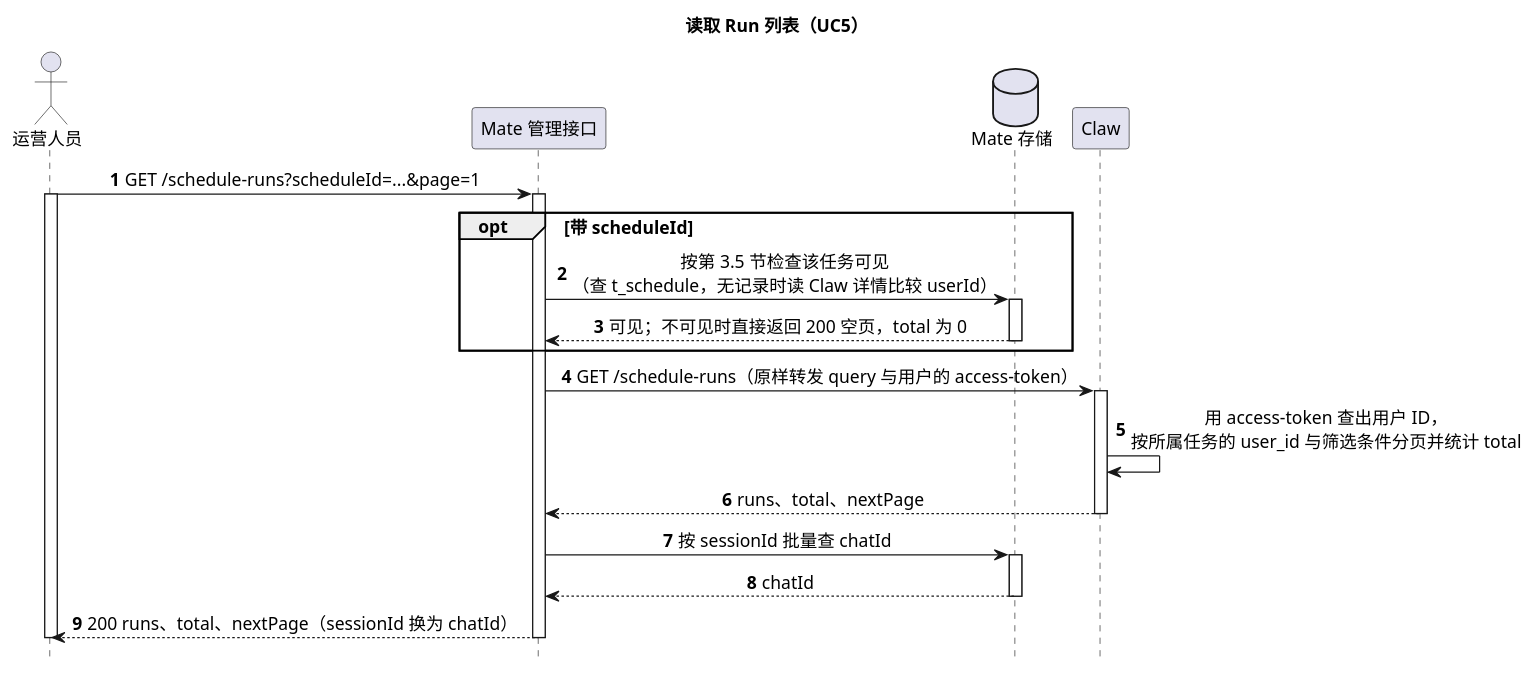
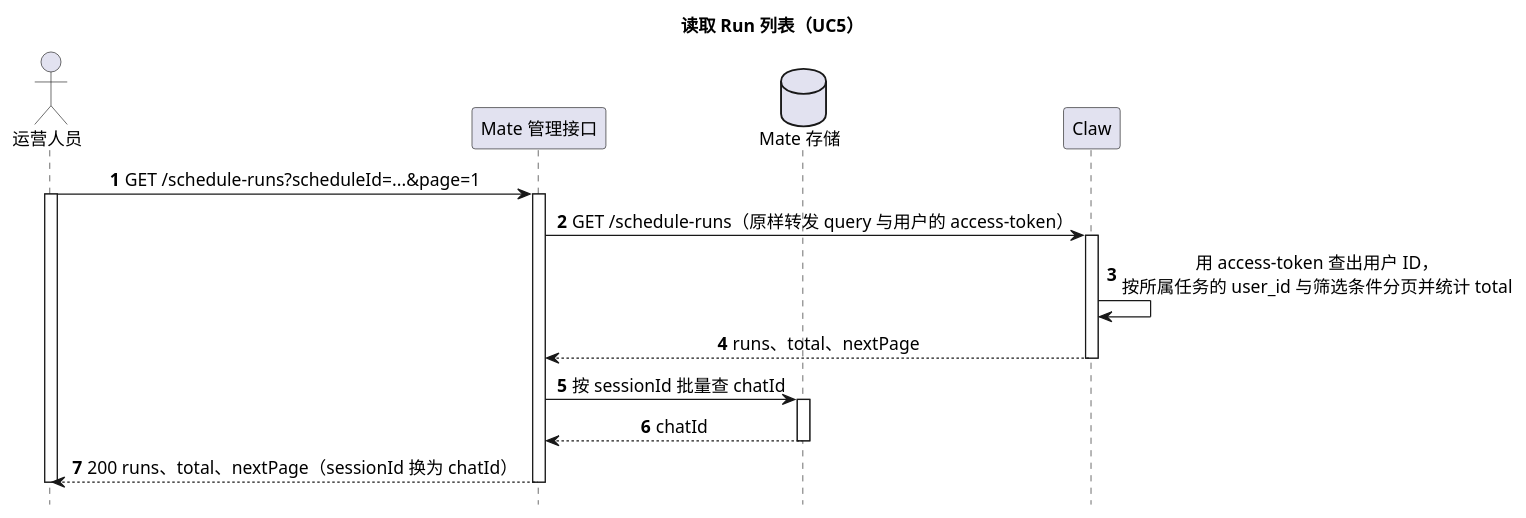
Before and after one commit to ssm0808/pi-mono-java-design: the sixth of 14 diagrams in 02-服务与接口/08-CampusMate定时任务/diagram.puml, drawn with PlantUML. The commit also changed other lines of this file and 32 other files, not shown here.

First line of the commit message:
定时任务：去掉 Mate t_schedule，任务归属只在 Claw user_id

```diff
--- a/02-服务与接口/08-CampusMate定时任务/diagram.puml
+++ b/02-服务与接口/08-CampusMate定时任务/diagram.puml
@@ -268,30 +233,26 @@
 @startuml mate_schedule_run_list
 ' 目标：待实现；UC5 读取当前用户任务的运行记录，可按 scheduleId 筛选。
-' Claw 接口：GET /campusclaw-service/v1/schedule-runs，见 01-总体架构/08-CampusClaw定时任务/README.md 第 4.4.11 节。
+' Claw 接口：GET /campusclaw-service/v1/schedule-runs，见 01-总体架构/08-CampusClaw定时任务/README.md 第 4.4.11 节；按用户查询见第 4.8.3 节。
 ' mate-service 源码未核验；用户认证与权限由 Mate 框架按 access-token 在进入管理接口前完成，不在本图中。
-' 表达方式：画带 scheduleId 时的可见性检查与正常查询；Claw 错误码原样返回、不可达返回 503，与任务列表相同，不再重复。
+' 表达方式：画正常查询；其他用户的 scheduleId 由 Claw 按 user_id 筛掉、返回空页；错误码原样返回、不可达返回 503，与任务列表相同，不再重复。
 title 读取 Run 列表（UC5）
 hide footbox
 skinparam backgroundColor white
 skinparam defaultFontSize 14
 skinparam sequenceMessageAlign center
 actor "运营人员" as Operator
 participant "Mate 管理接口" as Mate
 database "Mate 存储" as MateStore
 participant "Claw" as Claw
 autonumber
 Operator -> Mate ++ : GET /schedule-runs?scheduleId=...&page=1
 activate Operator
-opt 带 scheduleId
-  Mate -> MateStore ++ : 按第 3.5 节检查该任务可见\n（查 t_schedule，无记录时读 Claw 详情比较 userId）
-  return 可见；不可见时直接返回 200 空页，total 为 0
-end
 Mate -> Claw ++ : GET /schedule-runs（原样转发 query 与用户的 access-token）
 Claw -> Claw : 用 access-token 查出用户 ID，\n按所属任务的 user_id 与筛选条件分页并统计 total
 return runs、total、nextPage
 Mate -> MateStore ++ : 按 sessionId 批量查 chatId
 return chatId
 Mate --> Operator : 200 runs、total、nextPage（sessionId 换为 chatId）
 deactivate Mate
 deactivate Operator
 @enduml
```
